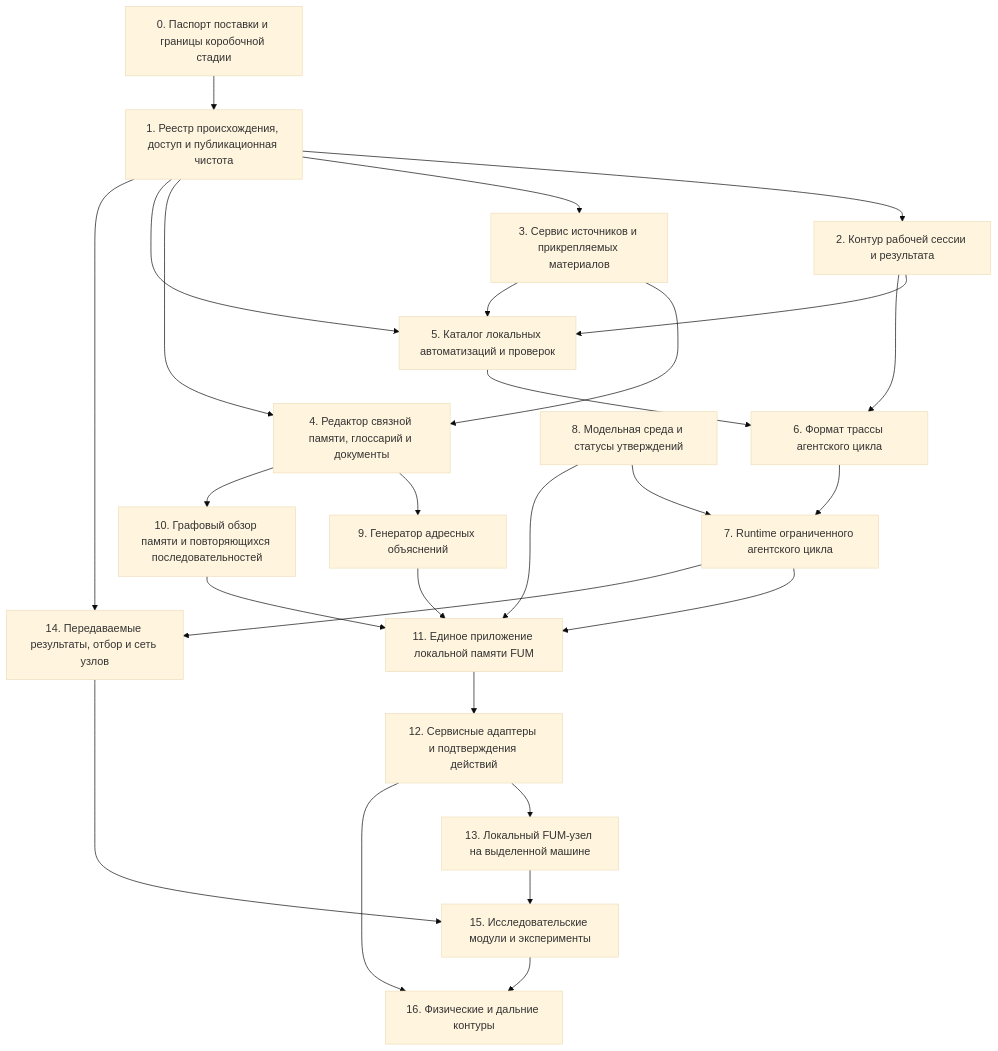
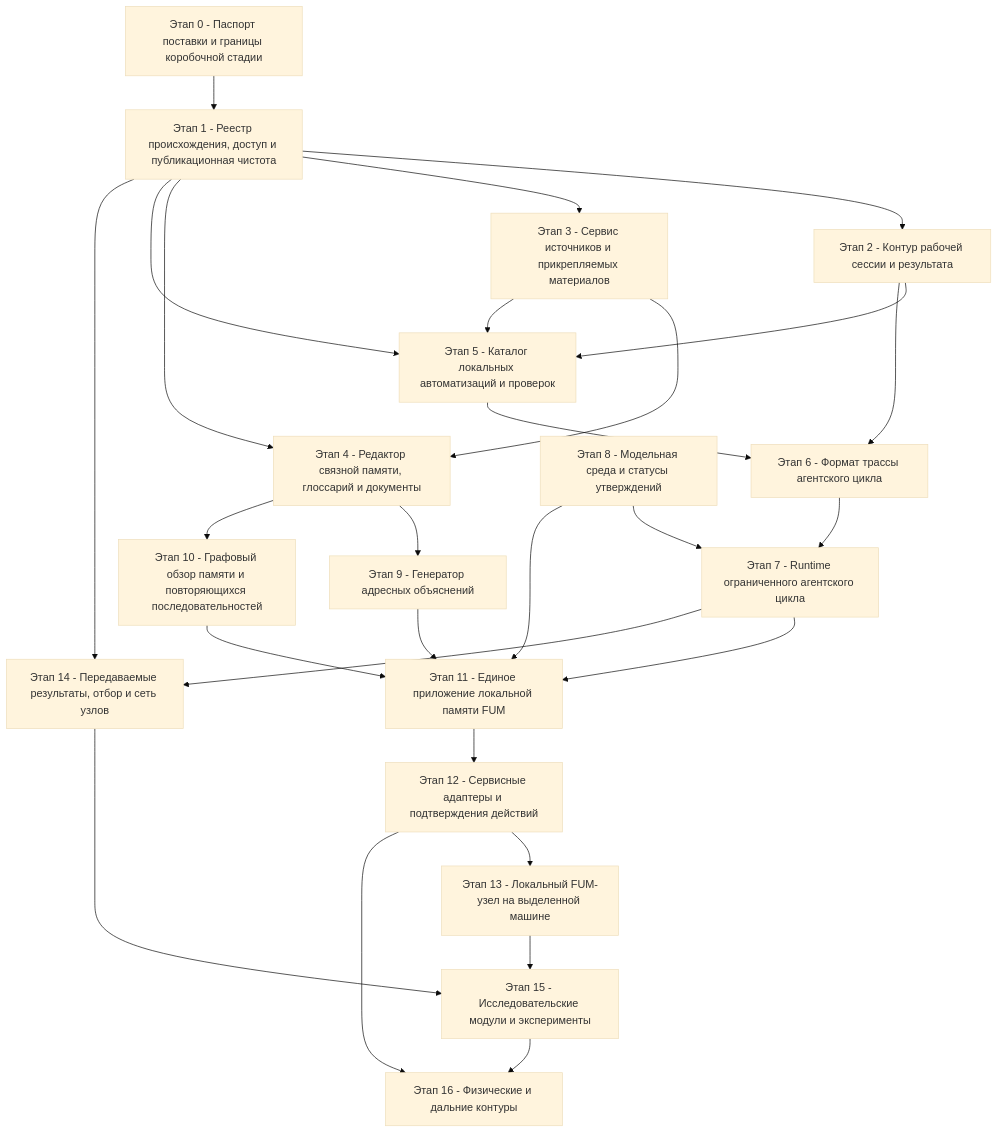
One commit to fum-lab/fum changed the diagram in Планирование/стадии/02-коробочная-реализация-FUM/граф-зависимостей.md. Above: the diagram before and after it, drawn with Mermaid (base theme). The commit also changed other lines of this file and 12 other files, not shown here.

````diff
--- a/Планирование/стадии/02-коробочная-реализация-FUM/граф-зависимостей.md
+++ b/Планирование/стадии/02-коробочная-реализация-FUM/граф-зависимостей.md
@@ -9,47 +9,47 @@
 ```mermaid
 flowchart TD
-    P0["0. Паспорт поставки и границы коробочной стадии"]
-    P1["1. Реестр происхождения, доступ и публикационная чистота"]
-    P2["2. Контур рабочей сессии и результата"]
-    P3["3. Сервис источников и прикрепляемых материалов"]
-    P4["4. Редактор связной памяти, глоссарий и документы"]
-    P5["5. Каталог локальных автоматизаций и проверок"]
-    P6["6. Формат трассы агентского цикла"]
-    P7["7. Runtime ограниченного агентского цикла"]
-    P8["8. Модельная среда и статусы утверждений"]
-    P9["9. Генератор адресных объяснений"]
-    P10["10. Графовый обзор памяти и повторяющихся последовательностей"]
-    P11["11. Единое приложение локальной памяти FUM"]
-    P12["12. Сервисные адаптеры и подтверждения действий"]
-    P13["13. Локальный FUM-узел на выделенной машине"]
-    P14["14. Передаваемые результаты, отбор и сеть узлов"]
-    P15["15. Исследовательские модули и эксперименты"]
-    P16["16. Физические и дальние контуры"]
+    P0["Этап 0 - Паспорт поставки и границы коробочной стадии"]
+    P1["Этап 1 - Реестр происхождения, доступ и публикационная чистота"]
+    P2["Этап 2 - Контур рабочей сессии и результата"]
+    P3["Этап 3 - Сервис источников и прикрепляемых материалов"]
+    P4["Этап 4 - Редактор связной памяти, глоссарий и документы"]
+    P5["Этап 5 - Каталог локальных автоматизаций и проверок"]
+    P6["Этап 6 - Формат трассы агентского цикла"]
+    P7["Этап 7 - Runtime ограниченного агентского цикла"]
+    P8["Этап 8 - Модельная среда и статусы утверждений"]
+    P9["Этап 9 - Генератор адресных объяснений"]
+    P10["Этап 10 - Графовый обзор памяти и повторяющихся последовательностей"]
+    P11["Этап 11 - Единое приложение локальной памяти FUM"]
+    P12["Этап 12 - Сервисные адаптеры и подтверждения действий"]
+    P13["Этап 13 - Локальный FUM-узел на выделенной машине"]
+    P14["Этап 14 - Передаваемые результаты, отбор и сеть узлов"]
+    P15["Этап 15 - Исследовательские модули и эксперименты"]
+    P16["Этап 16 - Физические и дальние контуры"]
 
     P0 --> P1
     P1 --> P2
     P1 --> P3
     P1 --> P4
     P1 --> P5
     P2 --> P5
     P2 --> P6
     P3 --> P4
     P3 --> P5
     P4 --> P9
     P4 --> P10
     P5 --> P6
     P6 --> P7
     P8 --> P7
     P8 --> P11
     P7 --> P11
     P9 --> P11
     P10 --> P11
     P11 --> P12
     P12 --> P13
     P1 --> P14
     P7 --> P14
     P14 --> P15
     P13 --> P15
     P12 --> P16
     P15 --> P16
 ```
````
